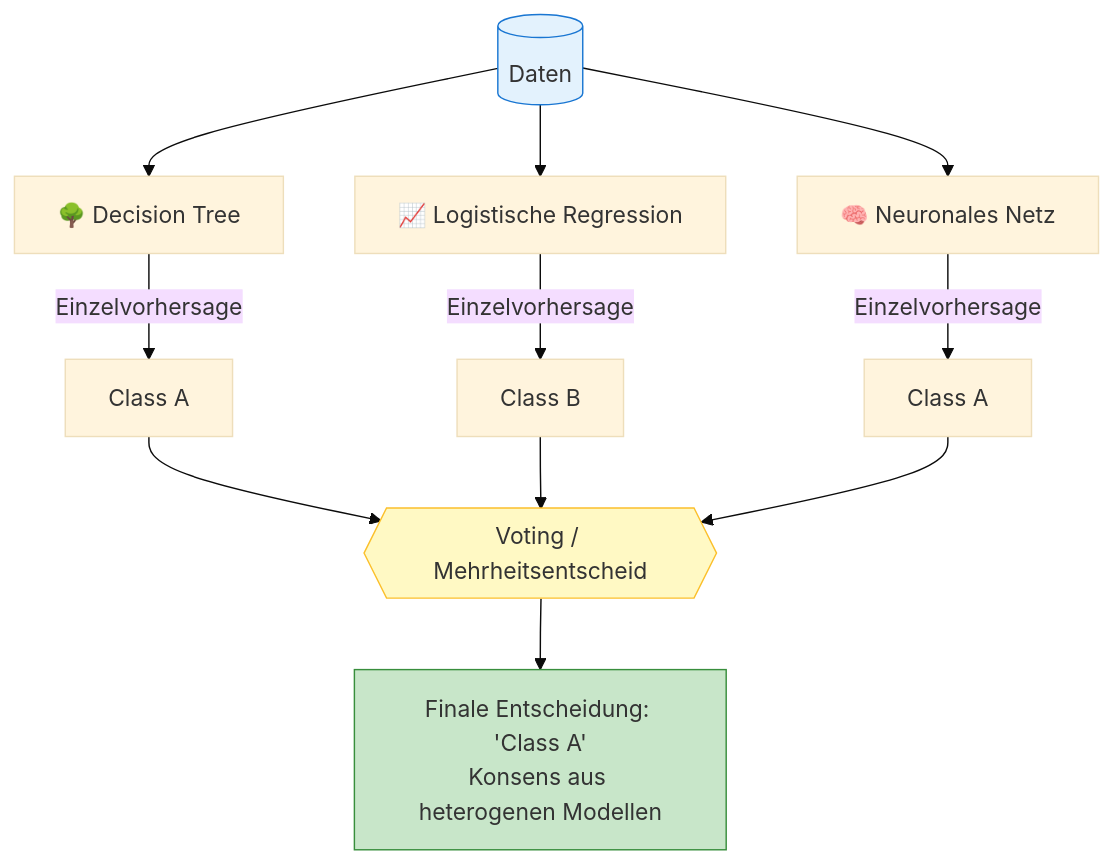
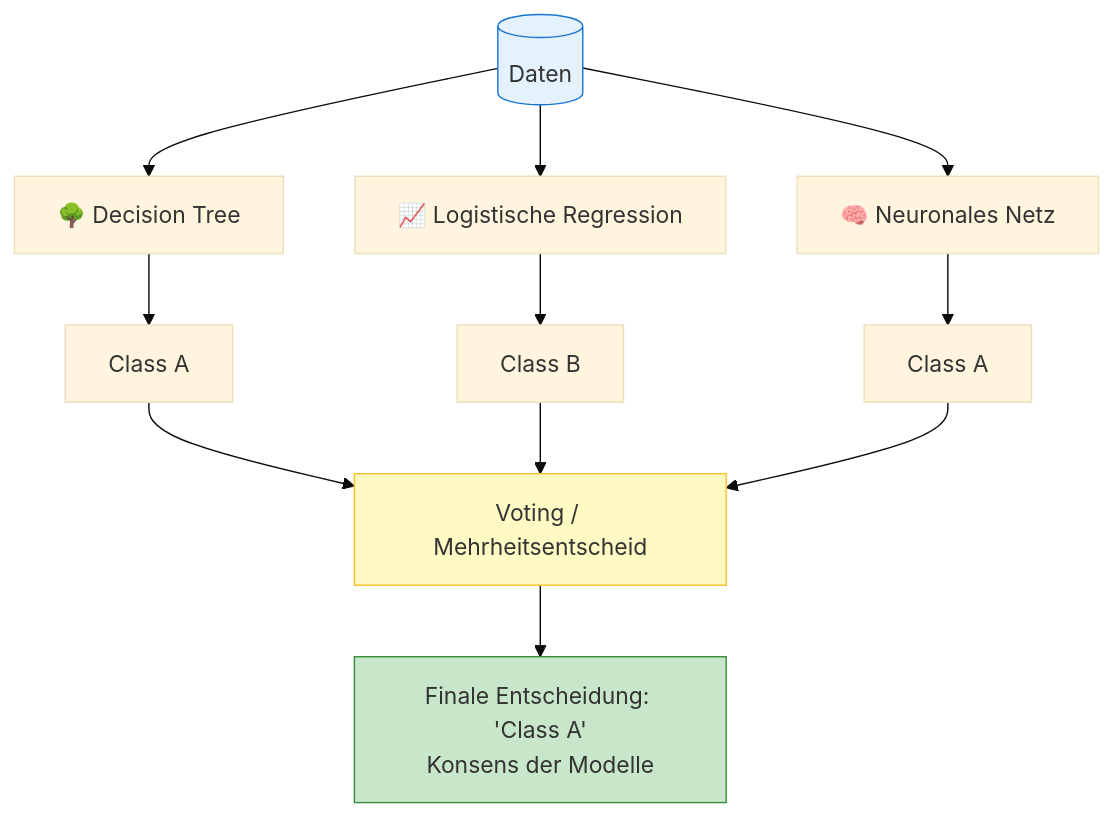
One commit to ralf-42/ML_Intro changed the second of 9 diagrams in docs/concepts/modeling/stacking.md. Above: the diagram before and after it, drawn with Mermaid (base theme).

````diff
--- a/docs/concepts/modeling/stacking.md
+++ b/docs/concepts/modeling/stacking.md
@@ -64,23 +64,23 @@
 ```mermaid
 flowchart TD
 
     D[("Daten")]
 
     D --> M1["🌳 Decision Tree"]
     D --> M2["📈 Logistische Regression"]
     D --> M3["🧠 Neuronales Netz"]
 
-    M1 -- "Einzelvorhersage" --> P1["Class A"]
-    M2 -- "Einzelvorhersage" --> P2["Class B"]
-    M3 -- "Einzelvorhersage" --> P3["Class A"]
+    M1 --> P1["Class A"]
+    M2 --> P2["Class B"]
+    M3 --> P3["Class A"]
 
-    P1 --> V{{"Voting / Mehrheitsentscheid"}}
+    P1 --> V["Voting / Mehrheitsentscheid"]
     P2 --> V
     P3 --> V
 
-    V --> FINAL["Finale Entscheidung: 'Class A'<br>Konsens aus heterogenen Modellen"]
+    V --> FIN["Finale Entscheidung: 'Class A'<br>Konsens der Modelle"]
 
     style D fill:#e3f2fd,stroke:#1976d2
     style V fill:#fff9c4,stroke:#fbc02d
-    style FINAL fill:#c8e6c9,stroke:#388e3c
+    style FIN fill:#c8e6c9,stroke:#388e3c
 ```
````
